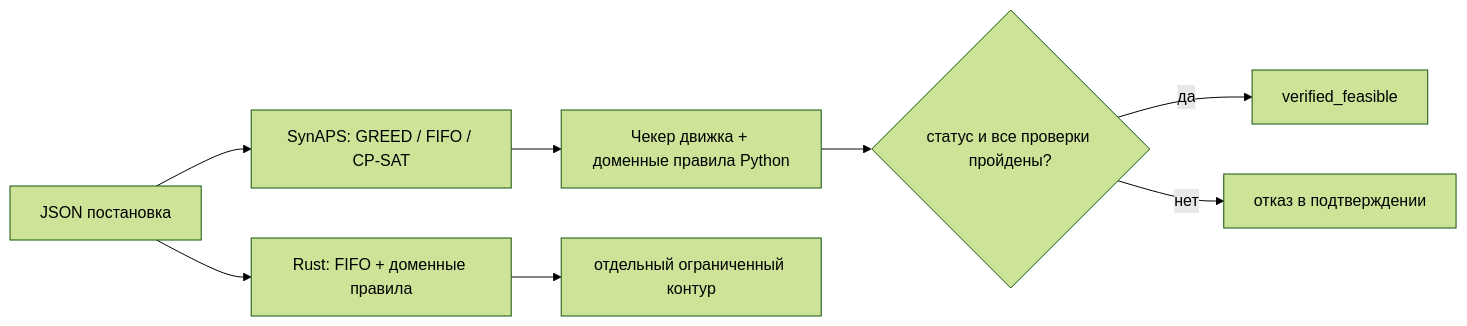
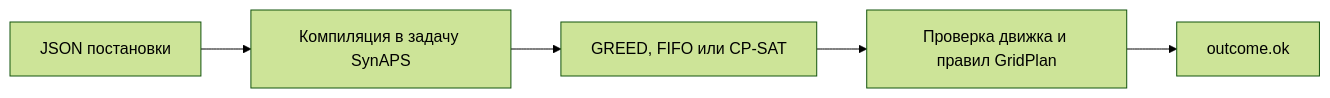
Before and after one commit to KonkovDV/SynAPS-GridPlan: the diagram in README.md, drawn with Mermaid (forest theme). The commit also changed other lines of this file and 10 other files, not shown here.

````diff
--- a/README.md
+++ b/README.md
@@ -131,10 +83,7 @@
 ```mermaid
 flowchart LR
-  A[JSON постановка] --> B[SynAPS: GREED / FIFO / CP-SAT]
-  B --> C[Чекер движка + доменные правила Python]
-  C --> E{статус и все проверки пройдены?}
-  E -->|да| F[verified_feasible]
-  E -->|нет| G[отказ в подтверждении]
-  A --> D[Rust: FIFO + доменные правила]
-  D --> H[отдельный ограниченный контур]
+  A[JSON постановки] --> B[Компиляция в задачу SynAPS]
+  B --> C[GREED, FIFO или CP-SAT]
+  C --> D[Проверка движка и правил GridPlan]
+  D --> E[outcome.ok]
 ```
````
